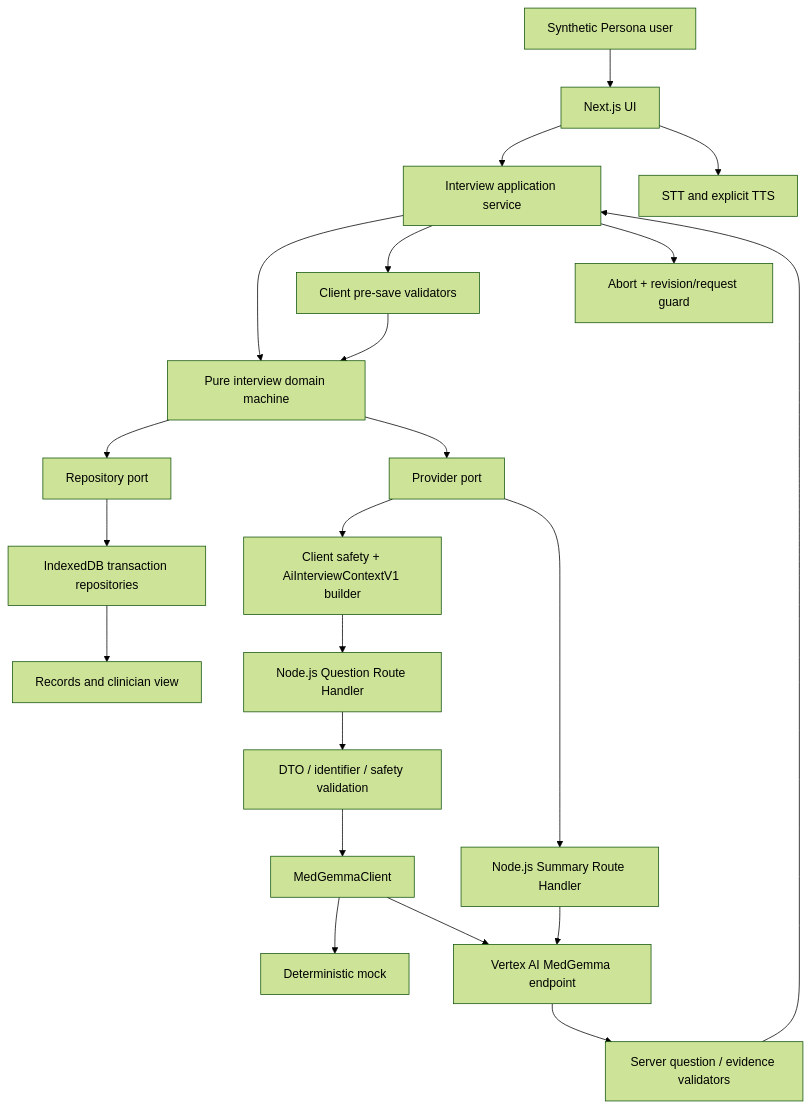
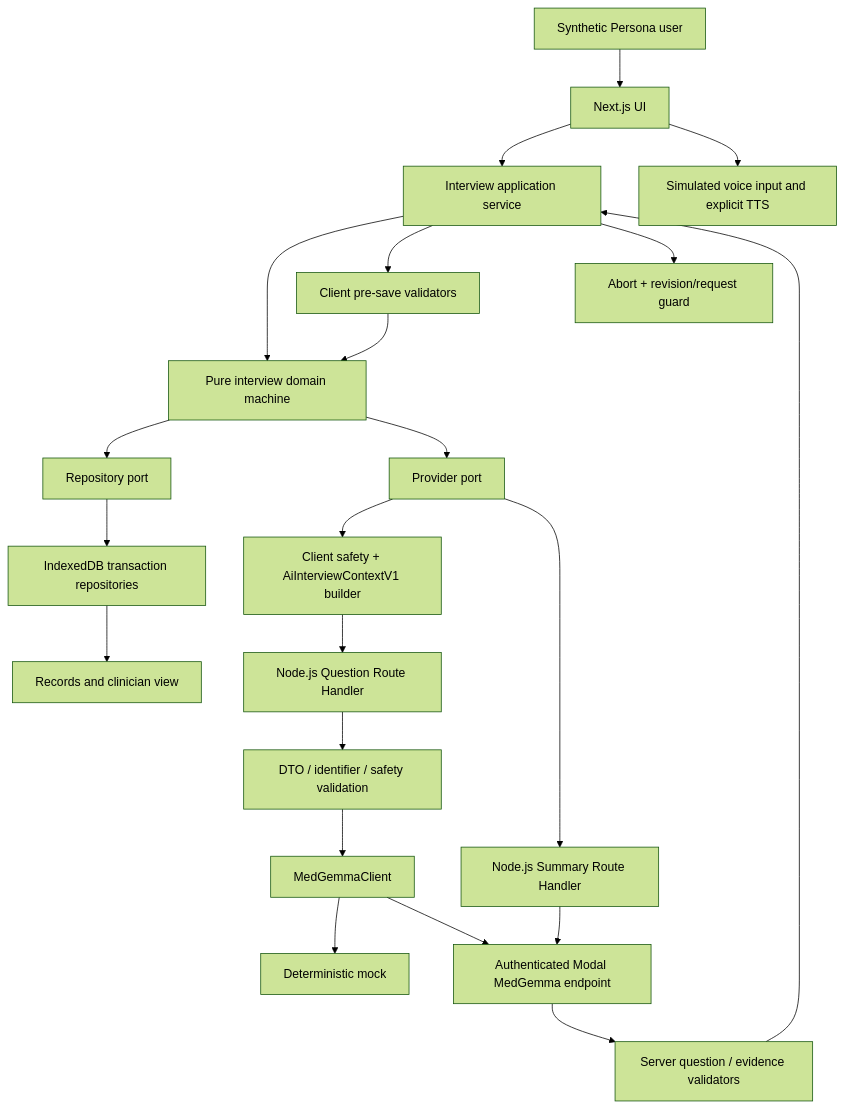
The first of 2 diagrams in docs/plans/2026-07-16-002-feat-medical-interview-ut-ready-app-plan/04-technical-design.md (divclasssg/KODDI_UD_Eum), drawn with Mermaid (forest theme) before and after one commit. The commit also changed other lines of this file and 23 other files, not shown here.

````diff
--- a/docs/plans/2026-07-16-002-feat-medical-interview-ut-ready-app-plan/04-technical-design.md
+++ b/docs/plans/2026-07-16-002-feat-medical-interview-ut-ready-app-plan/04-technical-design.md
@@ -45,24 +45,24 @@
 ```mermaid
 flowchart TB
   User["Synthetic Persona user"] --> UI["Next.js UI"]
   UI --> Service["Interview application service"]
   Service --> Machine["Pure interview domain machine"]
   Machine --> RepoPort["Repository port"]
   RepoPort --> DB["IndexedDB transaction repositories"]
   Machine --> ProviderPort["Provider port"]
   ProviderPort --> ClientSafety["Client safety + AiInterviewContextV1 builder"]
   ClientSafety --> QuestionAPI["Node.js Question Route Handler"]
   QuestionAPI --> ServerSafety["DTO / identifier / safety validation"]
   ServerSafety --> Client["MedGemmaClient"]
   Client --> Mock["Deterministic mock"]
-  Client --> Vertex["Vertex AI MedGemma endpoint"]
-  Vertex --> ServerValidators["Server question / evidence validators"]
+  Client --> Modal["Authenticated Modal MedGemma endpoint"]
+  Modal --> ServerValidators["Server question / evidence validators"]
   ServerValidators --> Service
   Service --> ClientValidators["Client pre-save validators"]
   ClientValidators --> Machine
   ProviderPort --> SummaryAPI["Node.js Summary Route Handler"]
-  SummaryAPI --> Vertex
+  SummaryAPI --> Modal
   DB --> Records["Records and clinician view"]
-  UI --> Speech["STT and explicit TTS"]
+  UI --> Speech["Simulated voice input and explicit TTS"]
   Service --> Abort["Abort + revision/request guard"]
 ```
````
